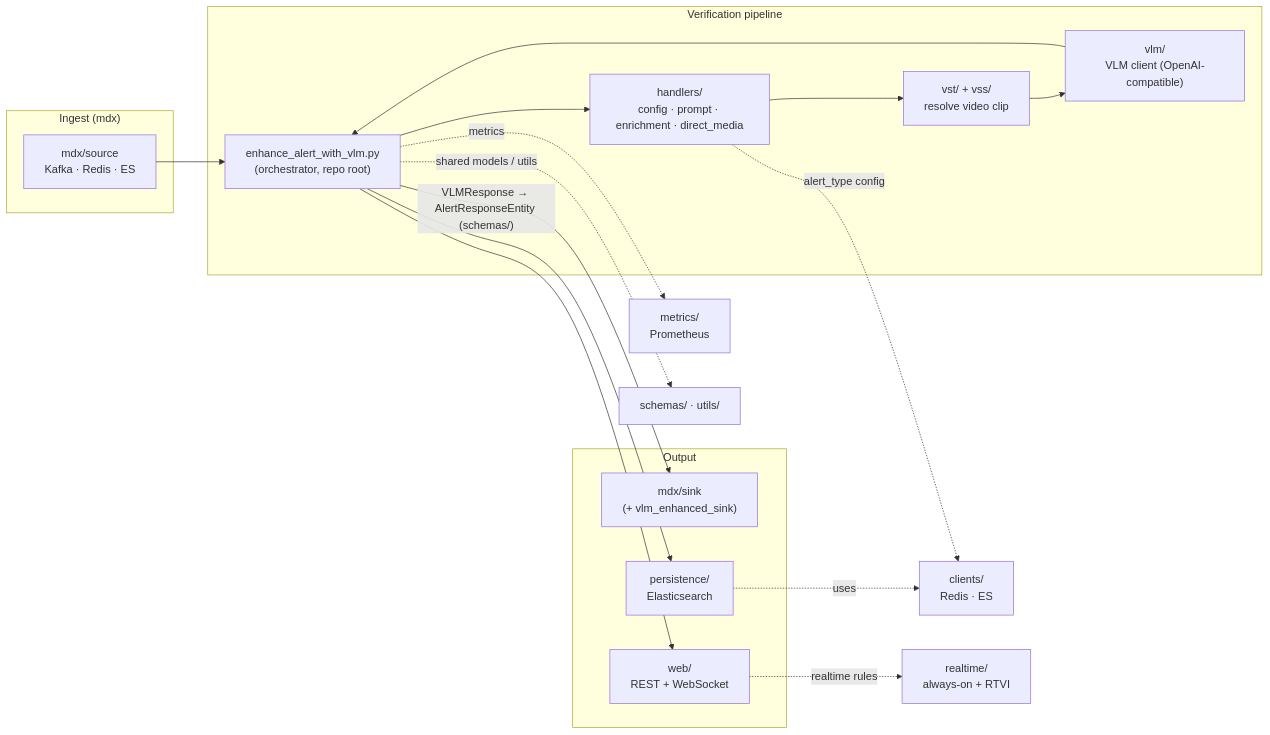
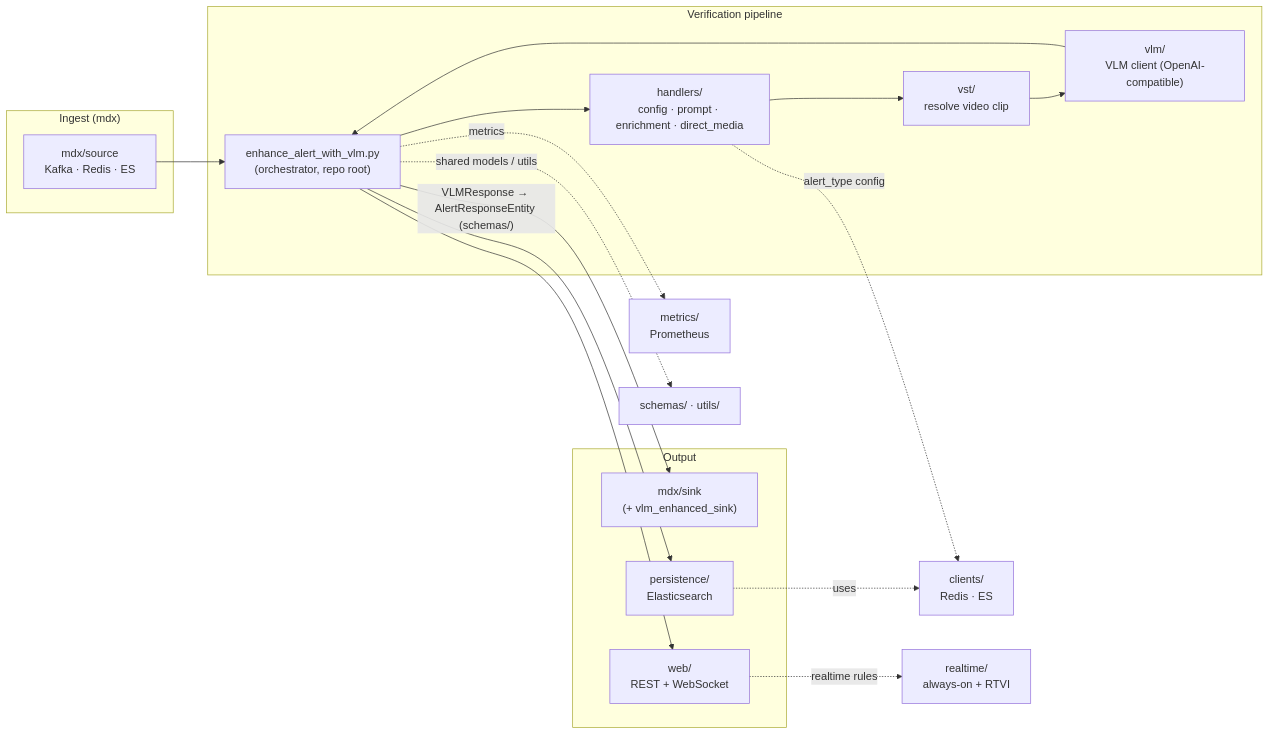
One commit to NVIDIA-AI-Blueprints/video-search-and-summarization changed the diagram in services/alert/src/README.md. Above: the diagram before and after it, drawn with Mermaid. The commit also changed other lines of this file and 36 other files, not shown here.

````diff
--- a/services/alert/src/README.md
+++ b/services/alert/src/README.md
@@ -20,34 +20,34 @@
 ```mermaid
 flowchart LR
     subgraph Ingest["Ingest (mdx)"]
         SRC["mdx/source<br/>Kafka · Redis · ES"]
     end
 
     subgraph Core["Verification pipeline"]
         ORC["enhance_alert_with_vlm.py<br/>(orchestrator, repo root)"]
         H["handlers/<br/>config · prompt · enrichment · direct_media"]
-        VID["vst/ + vss/<br/>resolve video clip"]
+        VID["vst/<br/>resolve video clip"]
         VLM["vlm/<br/>VLM client (OpenAI-compatible)"]
     end
 
     subgraph Out["Output"]
         SNK["mdx/sink<br/>(+ vlm_enhanced_sink)"]
         PER["persistence/<br/>Elasticsearch"]
         WEB["web/<br/>REST + WebSocket"]
     end
 
     SRC --> ORC
     ORC --> H
     H --> VID
     VID --> VLM
     VLM --> ORC
     ORC -->|"VLMResponse → AlertResponseEntity (schemas/)"| SNK
     ORC --> PER
     ORC --> WEB
 
     H -. "alert_type config" .-> CL["clients/<br/>Redis · ES"]
     PER -. uses .-> CL
     ORC -. metrics .-> MET["metrics/<br/>Prometheus"]
     WEB -. realtime rules .-> RT["realtime/<br/>always-on + RTVI"]
     ORC -. "shared models / utils" .-> UT["schemas/ · utils/"]
 ```
````
